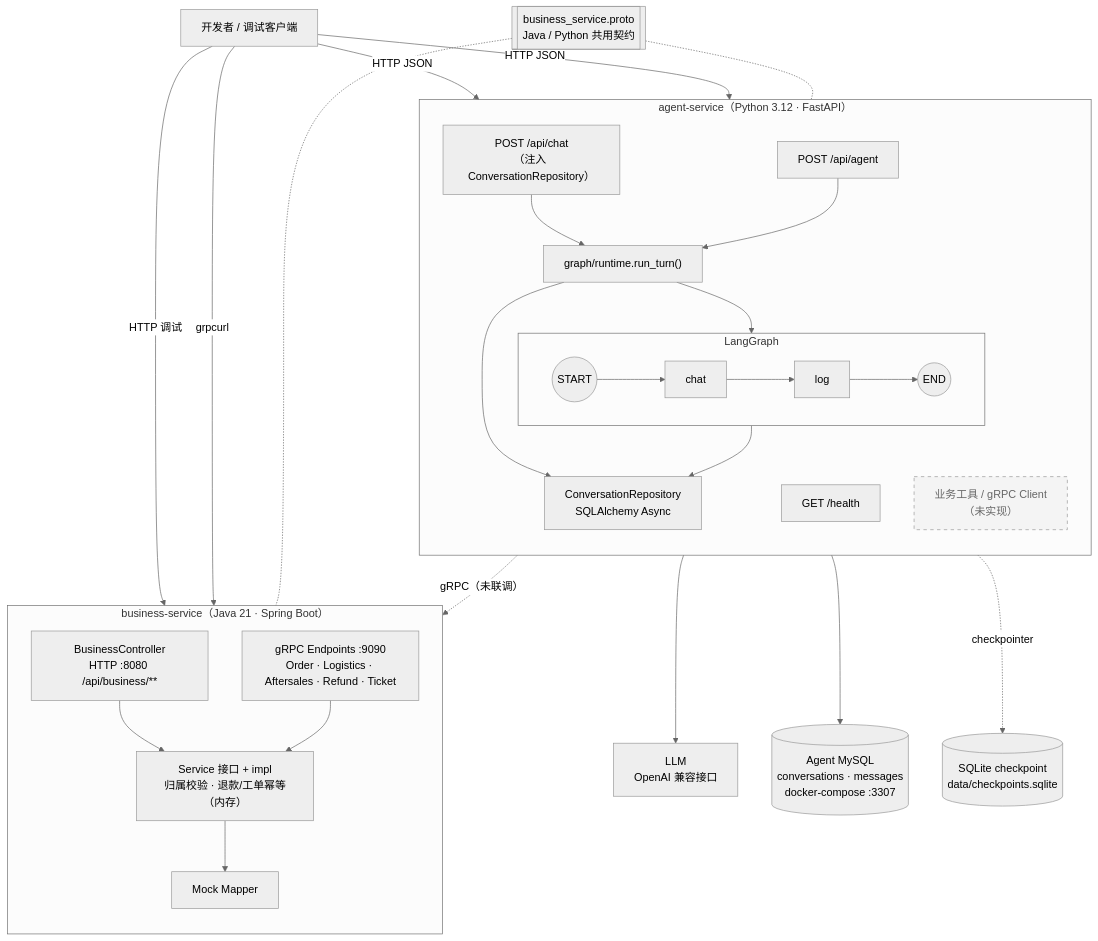
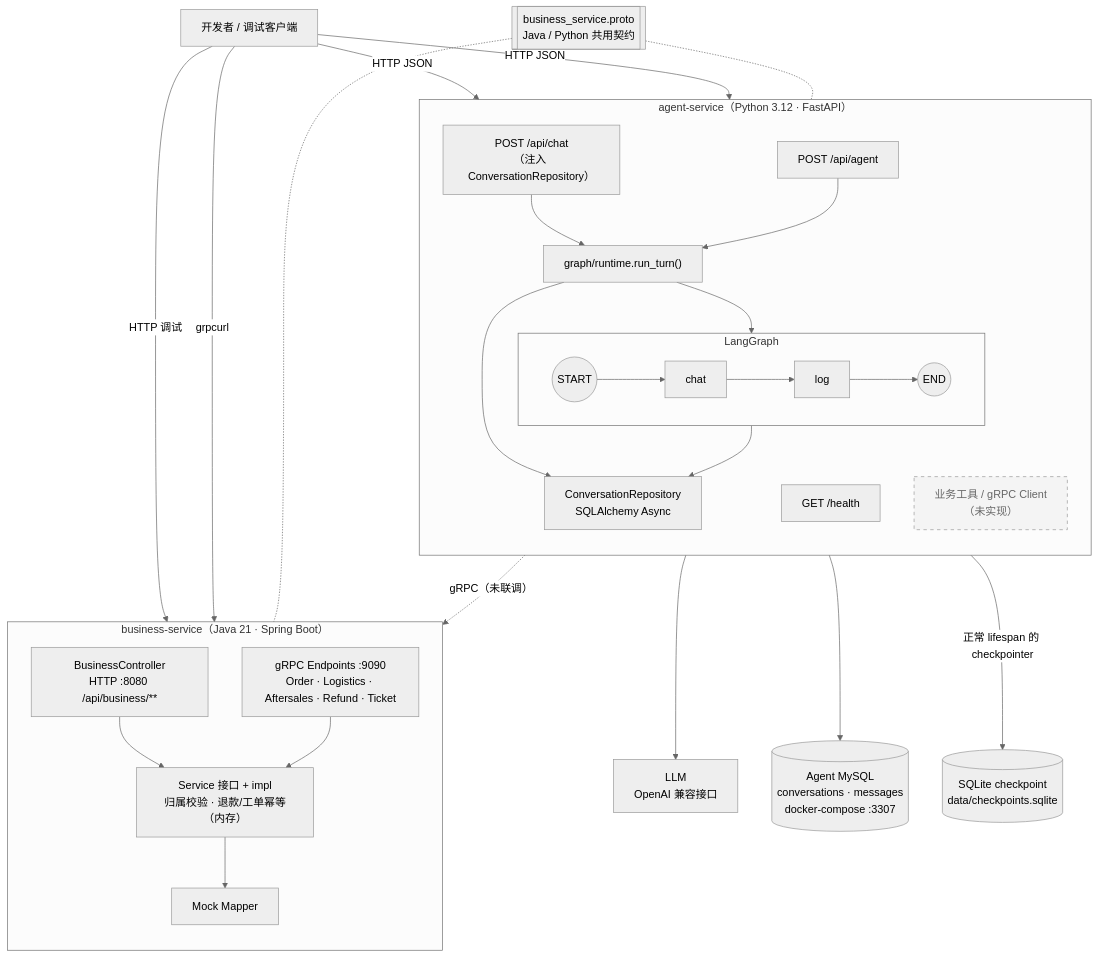
One commit to shangxinxiaolin/user-help changed the second of 5 diagrams in docs/ARCHITECTURE.md. Above: the diagram before and after it, drawn with Mermaid (neutral theme). The commit also changed other lines of this file and 3 other files, not shown here.

Commit message:
docs: organize architecture diagrams across project READMEs (#7)

````diff
--- a/docs/ARCHITECTURE.md
+++ b/docs/ARCHITECTURE.md
@@ -51,53 +55,53 @@
 ```mermaid
 flowchart TB
     Dev["开发者 / 调试客户端"]
 
     subgraph Agent["agent-service（Python 3.12 · FastAPI）"]
         direction TB
         Chat["POST /api/chat<br/>（注入 ConversationRepository）"]
         AgentEp["POST /api/agent"]
         Health["GET /health"]
         Runtime["graph/runtime.run_turn()"]
         subgraph LG["LangGraph"]
             direction LR
             S((START)) --> ChatNode["chat"] --> LogNode["log"] --> E((END))
         end
         Repo["ConversationRepository<br/>SQLAlchemy Async"]
         ToolsTodo["业务工具 / gRPC Client<br/>（未实现）"]
         Chat --> Runtime
         AgentEp --> Runtime
         Runtime --> LG
         Runtime --> Repo
         LogNode --> Repo
     end
 
     subgraph Business["business-service（Java 21 · Spring Boot）"]
         direction TB
         Http["BusinessController<br/>HTTP :8080 /api/business/**"]
         Grpc["gRPC Endpoints :9090<br/>Order · Logistics · Aftersales · Refund · Ticket"]
         Svc["Service 接口 + impl<br/>归属校验 · 退款/工单幂等（内存）"]
         Mapper["Mock Mapper"]
         Http --> Svc
         Grpc --> Svc
         Svc --> Mapper
     end
 
     MySQL[("Agent MySQL<br/>conversations · messages<br/>docker-compose :3307")]
     Sqlite[("SQLite checkpoint<br/>data/checkpoints.sqlite")]
     LLM["LLM<br/>OpenAI 兼容接口"]
     Proto[["business_service.proto<br/>Java / Python 共用契约"]]
 
     Dev -->|HTTP JSON| Chat
     Dev -->|HTTP JSON| AgentEp
     Dev -->|HTTP 调试| Http
     Dev -->|grpcurl| Grpc
     ChatNode --> LLM
     Repo --> MySQL
-    LG -.->|checkpointer| Sqlite
+    LG -->|正常 lifespan 的 checkpointer| Sqlite
     ToolsTodo -.->|gRPC（未联调）| Grpc
     Proto -.- Grpc
     Proto -.- ToolsTodo
 
     classDef todo fill:#f4f4f4,stroke:#999,stroke-dasharray:5 5,color:#666
     class ToolsTodo todo
 ```
````
